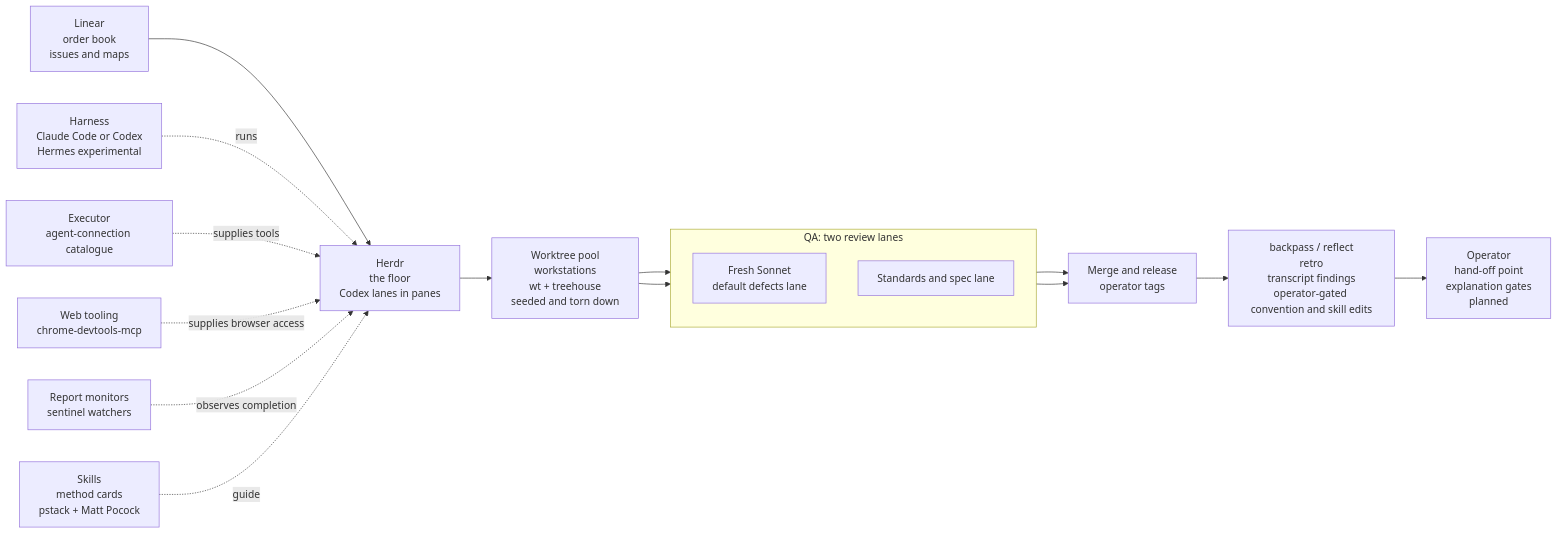
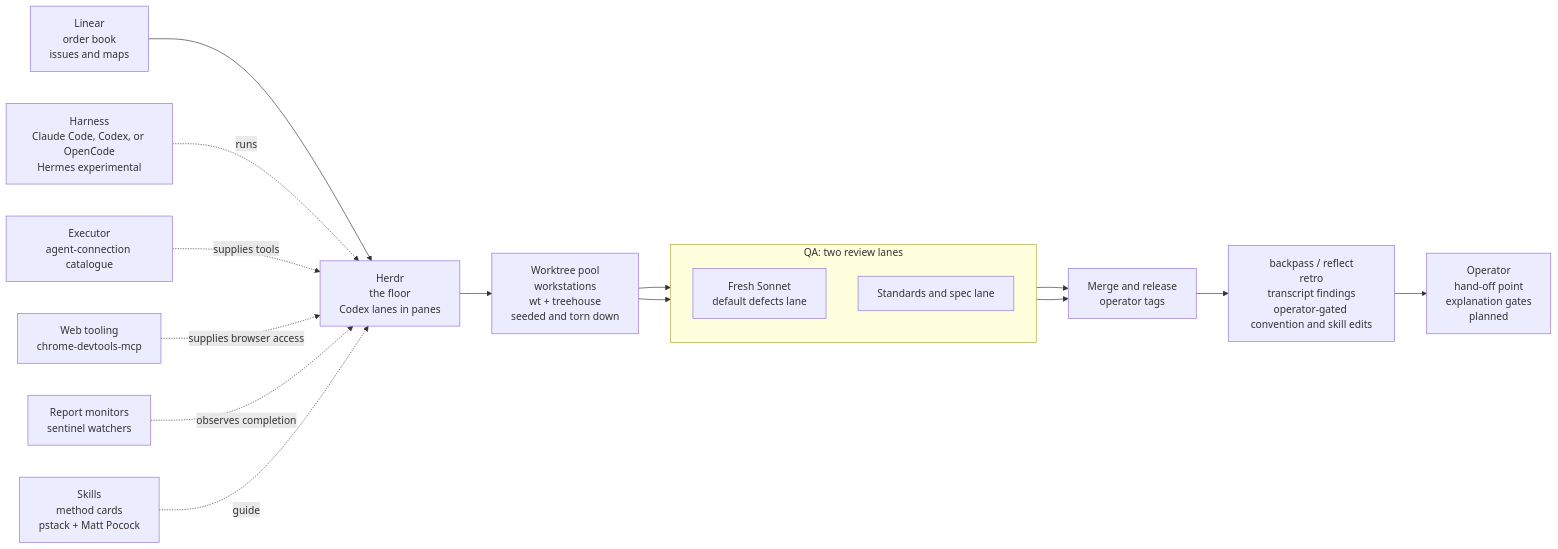
The diagram in README.md (ivankqw/impstack), drawn with Mermaid before and after one commit. The commit also changed other lines of this file and 2 other files, not shown here.

Commit message:
docs(opencode): document first-class harness setup

````diff
--- a/README.md
+++ b/README.md
@@ -26,21 +26,21 @@
 ```mermaid
 flowchart LR
     LI["Linear<br/>order book<br/>issues and maps"] --> HE["Herdr<br/>the floor<br/>Codex lanes in panes"]
     HE --> WT["Worktree pool<br/>workstations<br/>wt + treehouse<br/>seeded and torn down"]
     WT --> DL
     WT --> SL
     subgraph QA["QA: two review lanes"]
         direction TB
         DL["Fresh Sonnet<br/>default defects lane"]
         SL["Standards and spec lane"]
     end
     DL --> MR["Merge and release<br/>operator tags"]
     SL --> MR
     MR --> RE["backpass / reflect<br/>retro<br/>transcript findings<br/>operator-gated convention and skill edits"]
     RE --> OP["Operator<br/>hand-off point<br/>explanation gates<br/>planned"]
-    HA["Harness<br/>Claude Code or Codex<br/>Hermes experimental"] -. runs .-> HE
+    HA["Harness<br/>Claude Code, Codex, or OpenCode<br/>Hermes experimental"] -. runs .-> HE
     EX["Executor<br/>agent-connection catalogue"] -. supplies tools .-> HE
     WB["Web tooling<br/>chrome-devtools-mcp"] -. supplies browser access .-> HE
     MO["Report monitors<br/>sentinel watchers"] -. observes completion .-> HE
     SK["Skills<br/>method cards<br/>pstack + Matt Pocock"] -. guide .-> HE
 ```
````
